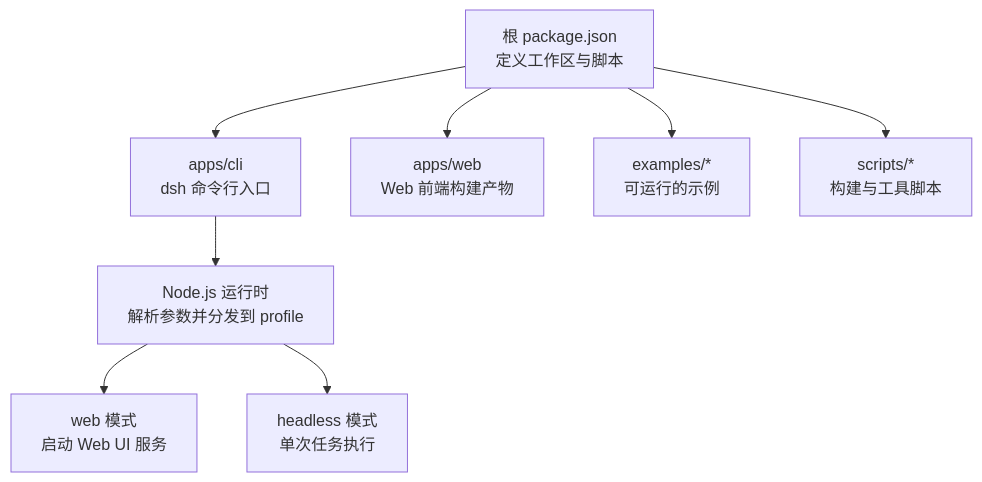
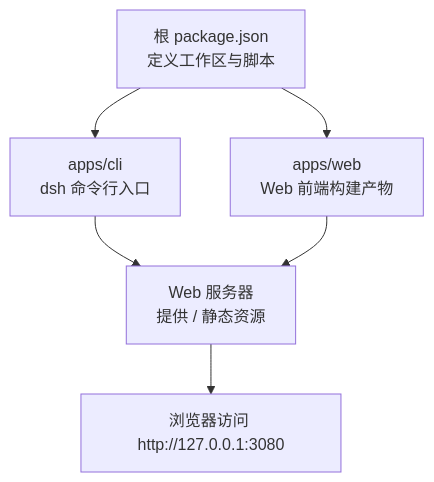
Before and after one commit to frendyxzc/deepseek-harness: the first of 3 diagrams in .qoder/repowiki/zh/content/快速开始.md, drawn with Mermaid. The commit also changed other lines of this file and 448 other files, not shown here.

````diff
--- a/.qoder/repowiki/zh/content/快速开始.md
+++ b/.qoder/repowiki/zh/content/快速开始.md
@@ -42,10 +41,8 @@
 ```mermaid
 graph TB
 A["根 package.json<br/>定义工作区与脚本"] --> B["apps/cli<br/>dsh 命令行入口"]
 A --> C["apps/web<br/>Web 前端构建产物"]
-A --> D["examples/*<br/>可运行的示例"]
-A --> E["scripts/*<br/>构建与工具脚本"]
-B --> F["Node.js 运行时<br/>解析参数并分发到 profile"]
-F --> G["web 模式<br/>启动 Web UI 服务"]
-F --> H["headless 模式<br/>单次任务执行"]
+B --> D["Web 服务器<br/>提供 / 静态资源"]
+C --> D
+D --> E["浏览器访问 http://127.0.0.1:3080"]
 ```
````
